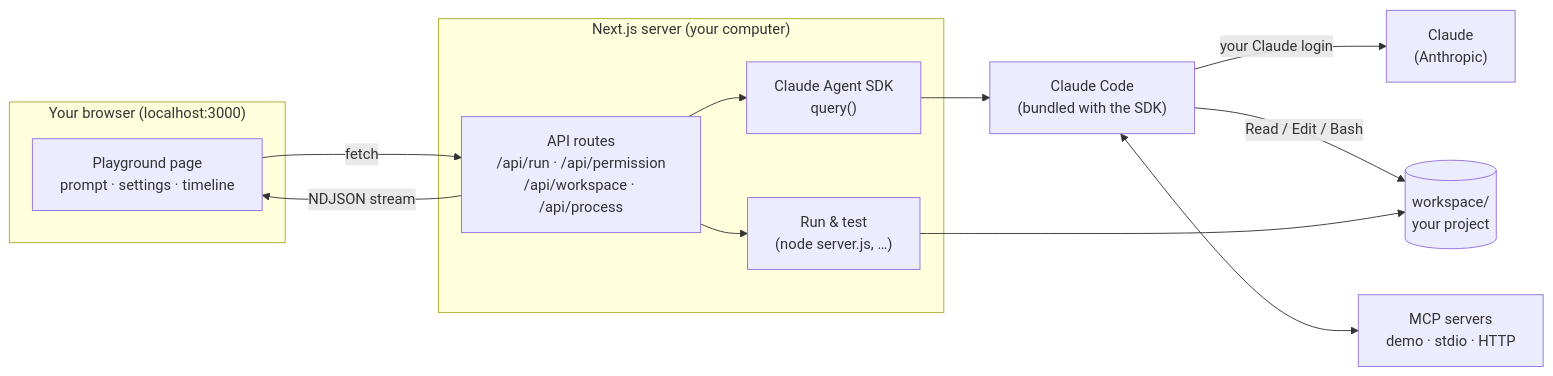
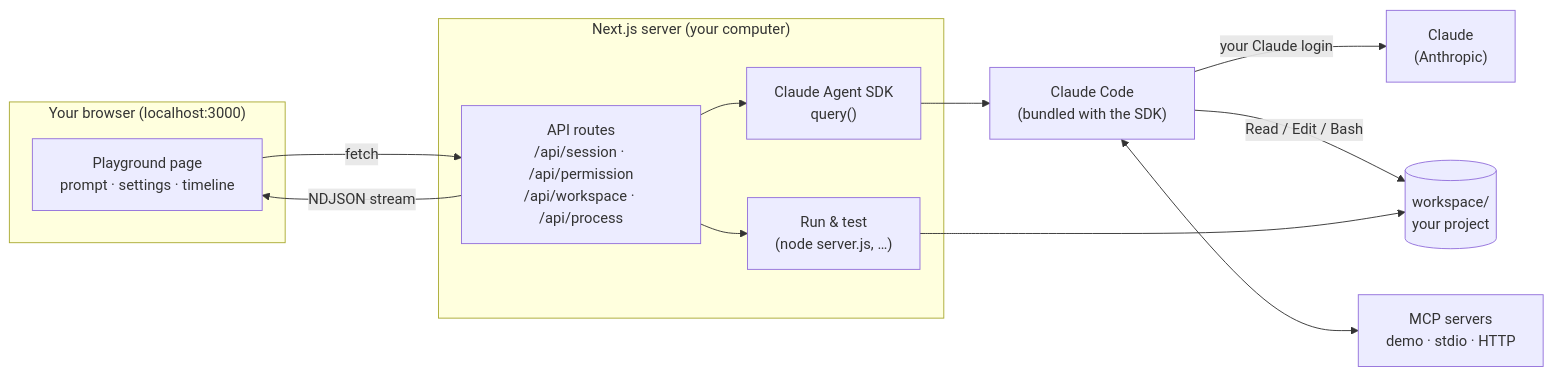
The first of 3 diagrams in docs/HOW-IT-WORKS.md (JohnCarl-30/claude-code-playground), drawn with Mermaid before and after one commit. The commit also changed other lines of this file and 21 other files, not shown here.

````diff
--- a/docs/HOW-IT-WORKS.md
+++ b/docs/HOW-IT-WORKS.md
@@ -13,25 +13,25 @@
 ```mermaid
 flowchart LR
     subgraph Browser["Your browser (localhost:3000)"]
         UI["Playground page<br/>prompt · settings · timeline"]
     end
 
     subgraph Server["Next.js server (your computer)"]
-        Routes["API routes<br/>/api/run · /api/permission<br/>/api/workspace · /api/process"]
+        Routes["API routes<br/>/api/session · /api/permission<br/>/api/workspace · /api/process"]
         SDK["Claude Agent SDK<br/>query()"]
         Procs["Run & test<br/>(node server.js, …)"]
     end
 
     CC["Claude Code<br/>(bundled with the SDK)"]
     Claude["Claude<br/>(Anthropic)"]
     WS[("workspace/<br/>your project")]
     MCP["MCP servers<br/>demo · stdio · HTTP"]
 
     UI -- "fetch" --> Routes
     Routes -- "NDJSON stream" --> UI
     Routes --> SDK --> CC
     CC -- "your Claude login" --> Claude
     CC -- "Read / Edit / Bash" --> WS
     CC <--> MCP
     Routes --> Procs --> WS
 ```
````
